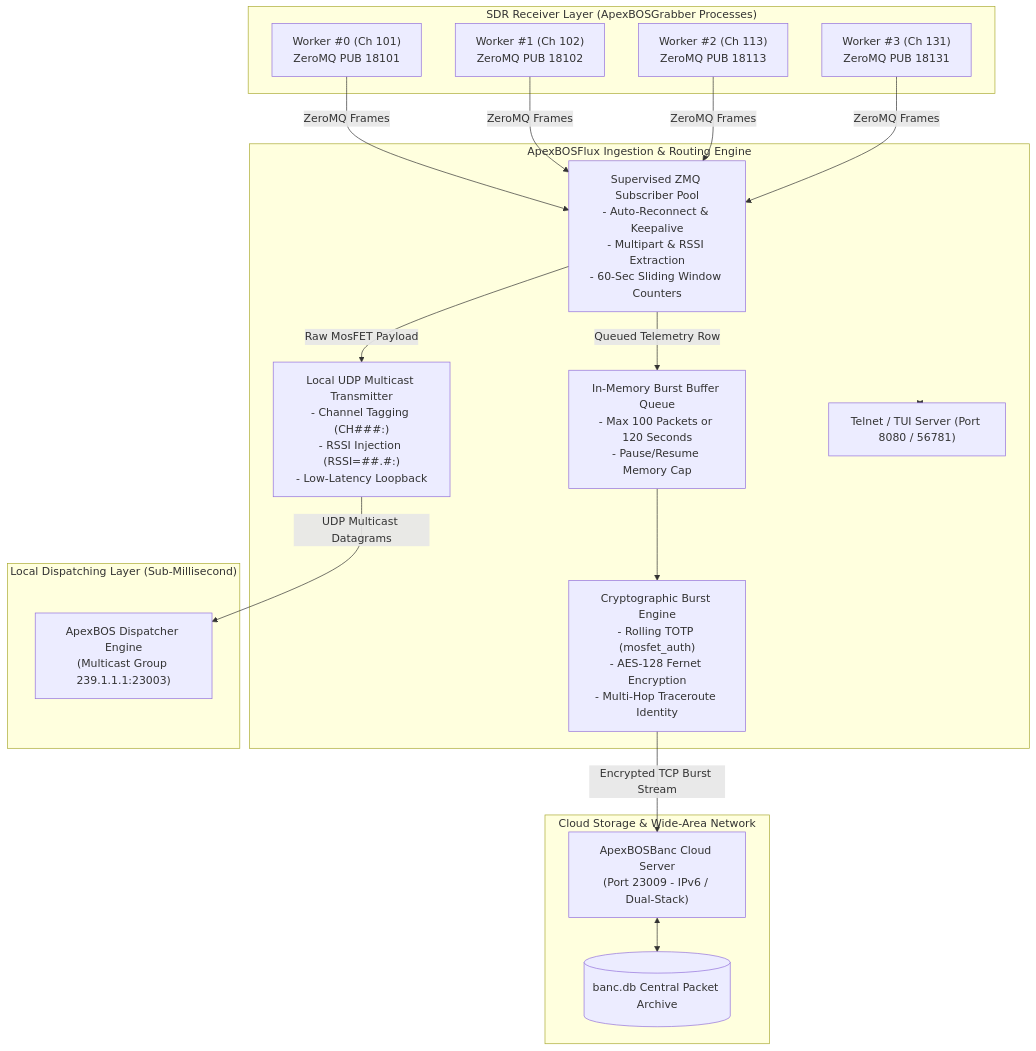
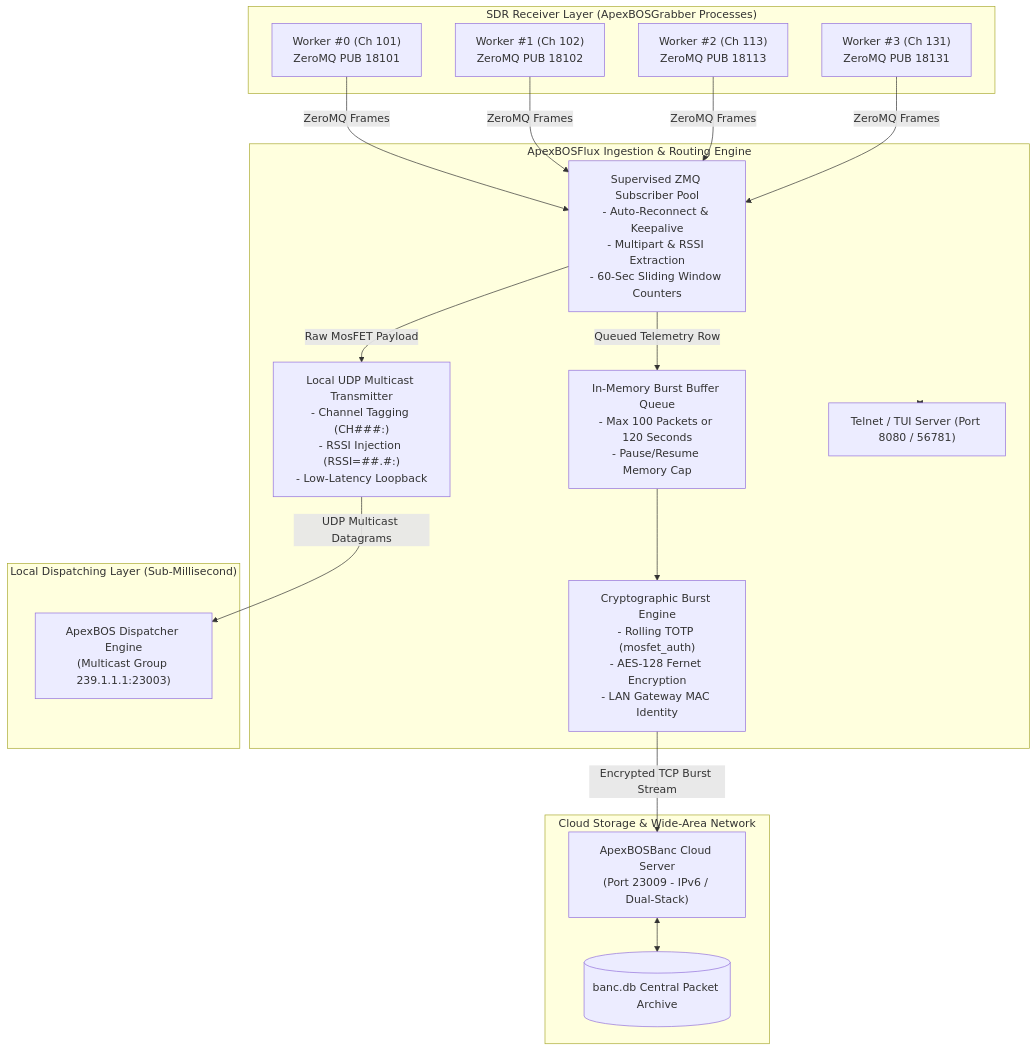
One commit to apexbos-eng/ApexBOS.220 changed the diagram in FLUX_README.md. Above: the diagram before and after it, drawn with Mermaid. The commit also changed other lines of this file and 9 other files, not shown here.

````diff
--- a/FLUX_README.md
+++ b/FLUX_README.md
@@ -36,42 +36,42 @@
 ```mermaid
 flowchart TD
     subgraph Grabber["SDR Receiver Layer (ApexBOSGrabber Processes)"]
         W0["Worker #0 (Ch 101)\nZeroMQ PUB 18101"]
         W1["Worker #1 (Ch 102)\nZeroMQ PUB 18102"]
         W2["Worker #2 (Ch 113)\nZeroMQ PUB 18113"]
         W3["Worker #3 (Ch 131)\nZeroMQ PUB 18131"]
     end
 
     subgraph Flux["ApexBOSFlux Ingestion & Routing Engine"]
         SUB["Supervised ZMQ Subscriber Pool\n- Auto-Reconnect & Keepalive\n- Multipart & RSSI Extraction\n- 60-Sec Sliding Window Counters"]
         MCAST_TX["Local UDP Multicast Transmitter\n- Channel Tagging (CH###:)\n- RSSI Injection (RSSI=##.#:)\n- Low-Latency Loopback"]
         QUEUE["In-Memory Burst Buffer Queue\n- Max 100 Packets or 120 Seconds\n- Pause/Resume Memory Cap"]
-        ENC["Cryptographic Burst Engine\n- Rolling TOTP (mosfet_auth)\n- AES-128 Fernet Encryption\n- Multi-Hop Traceroute Identity"]
+        ENC["Cryptographic Burst Engine\n- Rolling TOTP (mosfet_auth)\n- AES-128 Fernet Encryption\n- LAN Gateway MAC Identity"]
         UI_SRV["Telnet / TUI Server (Port 8080 / 56781)"]
     end
 
     subgraph LocalConsumers["Local Dispatching Layer (Sub-Millisecond)"]
         ENG["ApexBOS Dispatcher Engine\n(Multicast Group 239.1.1.1:23003)"]
     end
 
     subgraph CloudConsumers["Cloud Storage & Wide-Area Network"]
         BANC["ApexBOSBanc Cloud Server\n(Port 23009 - IPv6 / Dual-Stack)"]
         DB[("banc.db Central Packet Archive")]
     end
 
     W0 -->|ZeroMQ Frames| SUB
     W1 -->|ZeroMQ Frames| SUB
     W2 -->|ZeroMQ Frames| SUB
     W3 -->|ZeroMQ Frames| SUB
 
     SUB -->|Raw MosFET Payload| MCAST_TX
     SUB -->|Queued Telemetry Row| QUEUE
 
     MCAST_TX -->|UDP Multicast Datagrams| ENG
 
     QUEUE --> ENC
     ENC -->|Encrypted TCP Burst Stream| BANC
     BANC <--> DB
 
     Flux <--> UI_SRV
 ```
````
